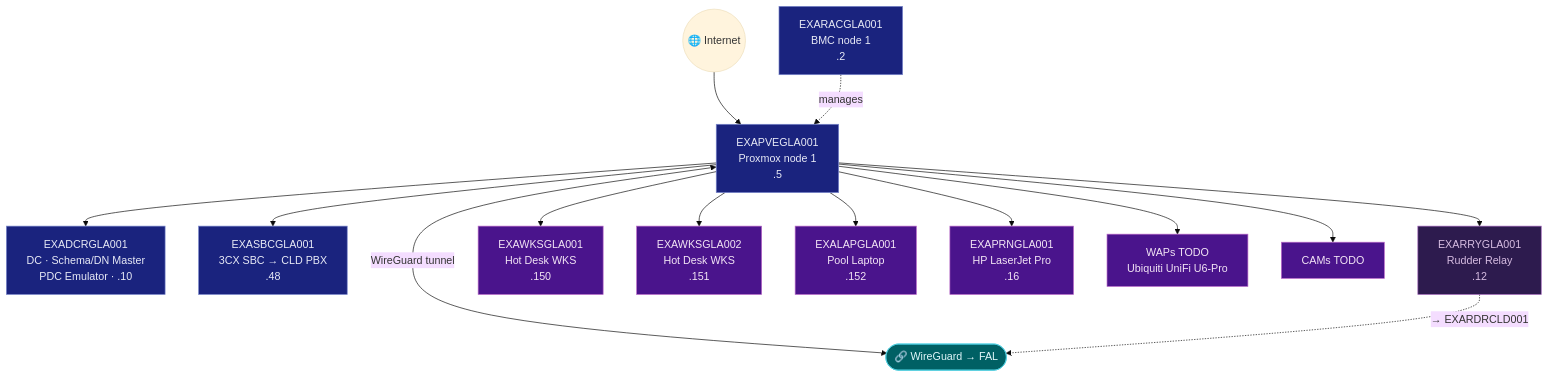
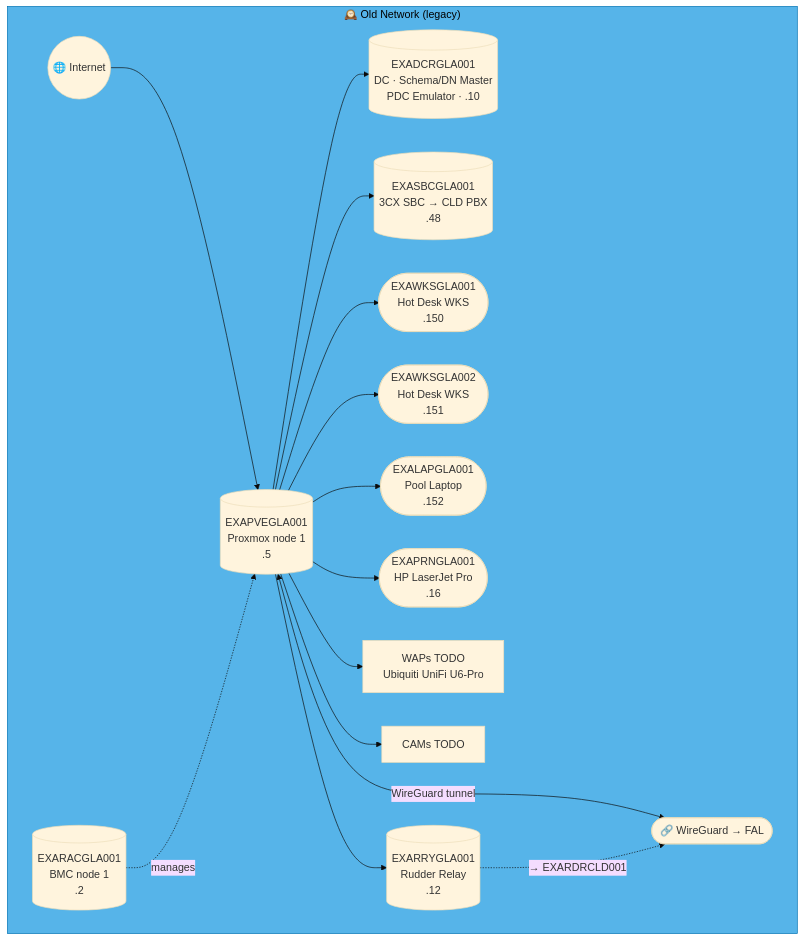
One commit to knightmare2600/example_music_infra changed the fourth of 47 diagrams in docs/network-diagram.md. Above: the diagram before and after it, drawn with Mermaid (base theme). The commit also changed other lines of this file and 2 other files, not shown here.

````diff
--- a/docs/network-diagram.md
+++ b/docs/network-diagram.md
@@ -304,34 +314,28 @@
 ```mermaid
 graph TD
-    INET(("🌐 Internet"))
-    PVE["EXAPVEGLA001<br/>Proxmox node 1<br/>.5"]
-    RAC["EXARACGLA001<br/>BMC node 1<br/>.2"]
-    DC["EXADCRGLA001<br/>DC · Schema/DN Master<br/>PDC Emulator · .10"]
-    SBC["EXASBCGLA001<br/>3CX SBC → CLD PBX<br/>.48"]
-    RRY["EXARRYGLA001<br/>Rudder Relay<br/>.12"]
-    WKS1["EXAWKSGLA001<br/>Hot Desk WKS<br/>.150"]
-    WKS2["EXAWKSGLA002<br/>Hot Desk WKS<br/>.151"]
-    LAP["EXALAPGLA001<br/>Pool Laptop<br/>.152"]
-    PRN["EXAPRNGLA001<br/>HP LaserJet Pro<br/>.16"]
-    WAP["WAPs TODO<br/>Ubiquiti UniFi U6-Pro"]
-    CAM["CAMs TODO"]
-    VPN(["🔗 WireGuard → FAL"])
+    subgraph OLD_GLA ["🕰️ Old Network (legacy)"]
+      INET(("🌐 Internet"))
+      PVE[("EXAPVEGLA001<br/>Proxmox node 1<br/>.5")]
+      RAC[("EXARACGLA001<br/>BMC node 1<br/>.2")]
+      DC[("EXADCRGLA001<br/>DC · Schema/DN Master<br/>PDC Emulator · .10")]
+      SBC[("EXASBCGLA001<br/>3CX SBC → CLD PBX<br/>.48")]
+      RRY[("EXARRYGLA001<br/>Rudder Relay<br/>.12")]
+      WKS1(["EXAWKSGLA001<br/>Hot Desk WKS<br/>.150"])
+      WKS2(["EXAWKSGLA002<br/>Hot Desk WKS<br/>.151"])
+      LAP(["EXALAPGLA001<br/>Pool Laptop<br/>.152"])
+      PRN(["EXAPRNGLA001<br/>HP LaserJet Pro<br/>.16"])
+      WAP["WAPs TODO<br/>Ubiquiti UniFi U6-Pro"]
+      CAM["CAMs TODO"]
+      VPN(["🔗 WireGuard → FAL"])
 
-    INET --> PVE
-    PVE --> DC & SBC
-    RAC -.->|"manages"| PVE
-    PVE --> WKS1 & WKS2 & LAP & PRN & WAP & CAM
-    PVE <-->|"WireGuard tunnel"| VPN
+      INET --> PVE
+      PVE --> DC & SBC
+      RAC -.->|"manages"| PVE
+      PVE --> WKS1 & WKS2 & LAP & PRN & WAP & CAM
+      PVE <-->|"WireGuard tunnel"| VPN
 
-    PVE --> RRY
-    RRY -. "→ EXARDRCLD001" .-> VPN
-    classDef net fill:#1a237e,stroke:#7986cb,color:#e8eaf6
-    classDef srv fill:#1a237e,stroke:#7986cb,color:#e8eaf6
-    classDef ep fill:#4a148c,stroke:#ba68c8,color:#f3e5f5
-    classDef vpn fill:#006064,stroke:#4dd0e1,color:#e0f7fa
-    classDef rudder fill:#2d1b4e,stroke:#a569bd,color:#d7bde2
-    class PVE,DC,SBC,RAC srv
-    class RRY rudder
-    class WKS1,WKS2,LAP,PRN,WAP,CAM ep
-    class VPN vpn
+      PVE --> RRY
+      RRY -. "→ EXARDRCLD001" .-> VPN
+    end
+    style OLD_GLA fill:#56B4E9,stroke:#0072B2,color:#000000
 ```
````
